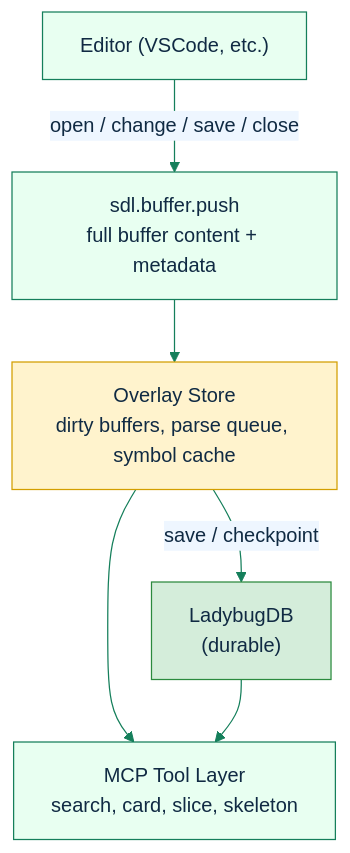
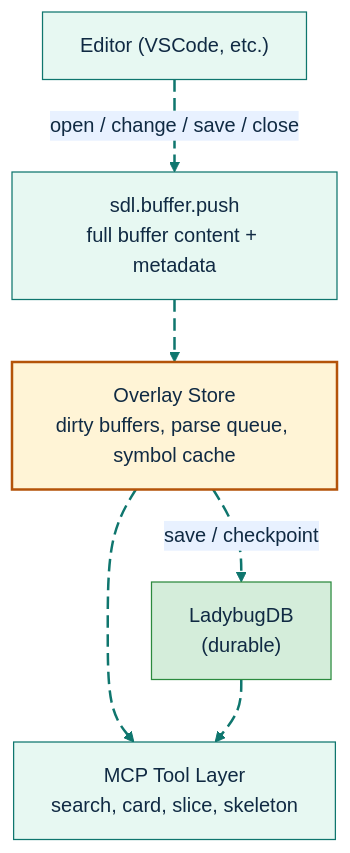
One commit to GlitterKill/sdl-mcp changed the first of 2 diagrams in docs/feature-deep-dives/live-indexing.md. Above: the diagram before and after it, drawn with Mermaid. The commit also changed other lines of this file and 33 other files, not shown here.

First line of the commit message:
docs: update mermaid diagram themes and styling across documentation

````diff
--- a/docs/feature-deep-dives/live-indexing.md
+++ b/docs/feature-deep-dives/live-indexing.md
@@ -17,12 +17,21 @@
 ```mermaid
-%%{init: {"theme":"base","themeVariables":{"primaryColor":"#e8fff1","primaryBorderColor":"#157f5b","primaryTextColor":"#102a43","secondaryColor":"#eef6ff","secondaryBorderColor":"#2563eb","tertiaryColor":"#fff4d6","tertiaryBorderColor":"#b45309","lineColor":"#157f5b","fontFamily":"Trebuchet MS, Arial"},"flowchart":{"curve":"basis"}}}%%
+%%{init: {"theme":"base","themeVariables":{"background":"#ffffff","primaryColor":"#E7F8F2","primaryBorderColor":"#0F766E","primaryTextColor":"#102A43","secondaryColor":"#E8F1FF","secondaryBorderColor":"#2563EB","secondaryTextColor":"#102A43","tertiaryColor":"#FFF4D6","tertiaryBorderColor":"#B45309","tertiaryTextColor":"#102A43","lineColor":"#0F766E","textColor":"#102A43","fontFamily":"Inter, ui-sans-serif, system-ui, -apple-system, BlinkMacSystemFont, Segoe UI, sans-serif"},"flowchart":{"curve":"basis","htmlLabels":true}}}%%
 flowchart TD
-    Editor["Editor (VSCode, etc.)"] -->|"open / change / save / close"| Push["sdl.buffer.push<br/>full buffer content + metadata"]
-    Push --> Overlay["Overlay Store<br/>dirty buffers, parse queue, symbol cache"]
-    Overlay --> Tools["MCP Tool Layer<br/>search, card, slice, skeleton"]
-    Overlay -->|"save / checkpoint"| DB["LadybugDB<br/>(durable)"]
-    DB --> Tools
+    Editor["Editor (VSCode, etc.)"] e1@-->|"open / change / save / close"| Push["sdl.buffer.push<br/>full buffer content + metadata"]
+    Push e2@--> Overlay["Overlay Store<br/>dirty buffers, parse queue, symbol cache"]
+    Overlay e3@--> Tools["MCP Tool Layer<br/>search, card, slice, skeleton"]
+    Overlay e4@-->|"save / checkpoint"| DB["LadybugDB<br/>(durable)"]
+    DB e5@--> Tools
 
-    style Overlay fill:#fff3cd,stroke:#d39e00
+    style Overlay fill:#FFF4D6,stroke:#B45309,stroke-width:2px,color:#102A43
     style DB fill:#d4edda,stroke:#2b8a3e
+
+    classDef source fill:#E7F8F2,stroke:#0F766E,stroke-width:2px,color:#102A43;
+    classDef process fill:#E8F1FF,stroke:#2563EB,stroke-width:2px,color:#102A43;
+    classDef decision fill:#FFF4D6,stroke:#B45309,stroke-width:2px,color:#102A43;
+    classDef storage fill:#F2E8FF,stroke:#7C3AED,stroke-width:2px,color:#102A43;
+    classDef output fill:#FFE8EF,stroke:#BE123C,stroke-width:2px,color:#102A43;
+    classDef muted fill:#F8FAFC,stroke:#64748B,stroke-width:1px,color:#102A43;
+    classDef animate stroke:#0F766E,stroke-width:2px,stroke-dasharray:10\,5,stroke-dashoffset:900,animation:dash 22s linear infinite;
+    class e1,e2,e3,e4,e5 animate;
 ```
````
